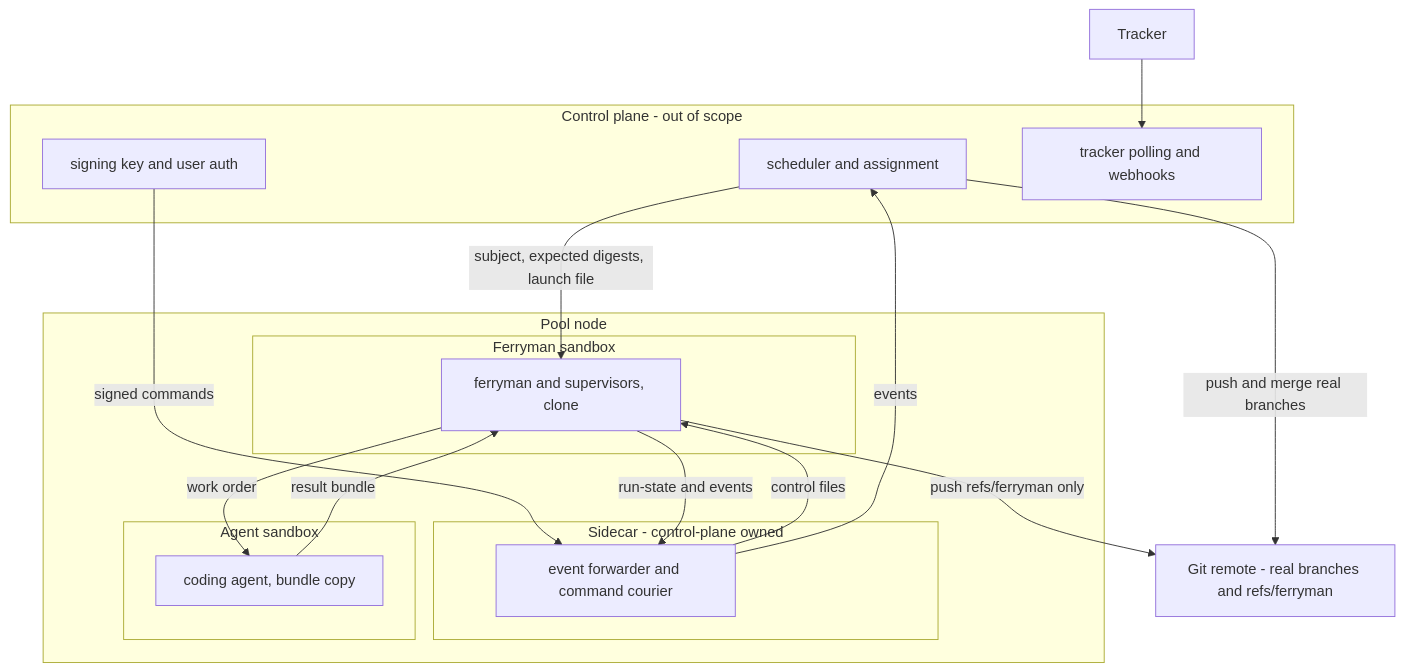
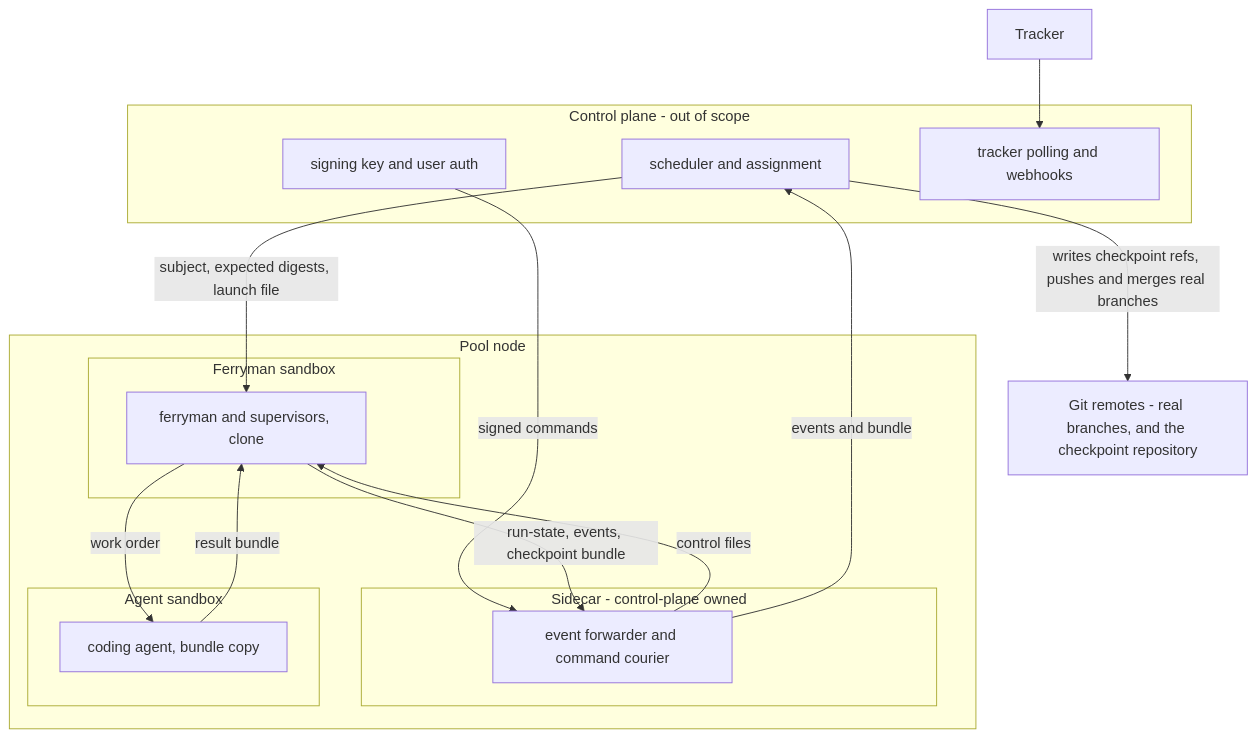
Before and after one commit to eugenelim/agent-ready-repo: the first of 3 diagrams in docs/architecture/unattended-delivery-runner/11-remote-agent-pool-seams.md, drawn with Mermaid. The commit also changed other lines of this file and 10 other files, not shown here.

First line of the commit message:
docs(architecture): the control plane writes pool checkpoints

````diff
--- a/docs/architecture/unattended-delivery-runner/11-remote-agent-pool-seams.md
+++ b/docs/architecture/unattended-delivery-runner/11-remote-agent-pool-seams.md
@@ -57,31 +58,30 @@
 ```mermaid
 flowchart TB
     subgraph CP[Control plane - out of scope]
         Sched[scheduler and assignment]
         Sign[signing key and user auth]
         Poll[tracker polling and webhooks]
     end
     Tracker[Tracker]
-    Remote[Git remote - real branches and refs/ferryman]
+    Remote[Git remotes - real branches, and the checkpoint repository]
     subgraph Node[Pool node]
         subgraph SR[Ferryman sandbox]
             Ferryman[ferryman and supervisors, clone]
         end
         subgraph SC[Sidecar - control-plane owned]
             Car[event forwarder and command courier]
         end
         subgraph SA[Agent sandbox]
             Agent[coding agent, bundle copy]
         end
     end
     Tracker --> Poll
     Sched -->|subject, expected digests, launch file| Ferryman
     Sign -->|signed commands| Car
     Car -->|control files| Ferryman
-    Ferryman -->|run-state and events| Car
-    Car -->|events| Sched
+    Ferryman -->|run-state, events, checkpoint bundle| Car
+    Car -->|events and bundle| Sched
     Ferryman -->|work order| Agent
     Agent -->|result bundle| Ferryman
-    Ferryman -->|push refs/ferryman only| Remote
-    Sched -->|push and merge real branches| Remote
+    Sched -->|writes checkpoint refs, pushes and merges real branches| Remote
 ```
````
